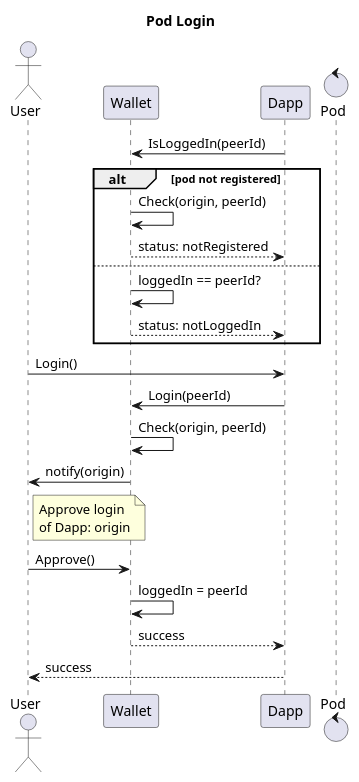
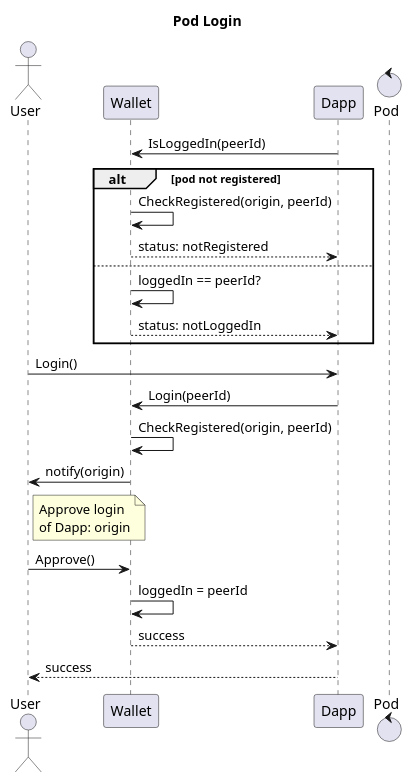
Before and after one commit to lightstreams-network/lightstreams-wallet: the diagram in docs/diagrams/pod-login.puml, drawn with PlantUML. The commit also changed 9 other files, not shown here.

```diff
--- a/docs/diagrams/pod-login.puml
+++ b/docs/diagrams/pod-login.puml
@@ -1,36 +1,36 @@
 @startuml
 
 Title Pod Login
 
 actor User
 participant Wallet
 participant Dapp
 control Pod
 
 Dapp -> Wallet: IsLoggedIn(peerId)
 
 alt pod not registered
-Wallet -> Wallet: Check(origin, peerId)
+Wallet -> Wallet: CheckRegistered(origin, peerId)
 Wallet --> Dapp: status: notRegistered
 
 else
 Wallet -> Wallet: loggedIn == peerId?
 Wallet --> Dapp: status: notLoggedIn
 end
 
 
 User -> Dapp: Login()
 Dapp -> Wallet: Login(peerId)
-Wallet -> Wallet: Check(origin, peerId)
+Wallet -> Wallet: CheckRegistered(origin, peerId)
 
 Wallet -> User: notify(origin)
 
 note right of User: Approve login \nof Dapp: origin
 
 User -> Wallet: Approve()
 Wallet -> Wallet: loggedIn = peerId
 
 Wallet --> Dapp: success
 User <-- Dapp: success
 
 @enduml
```
